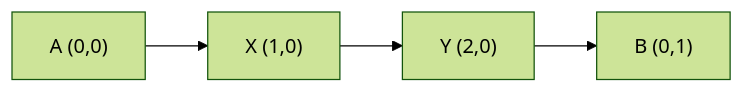
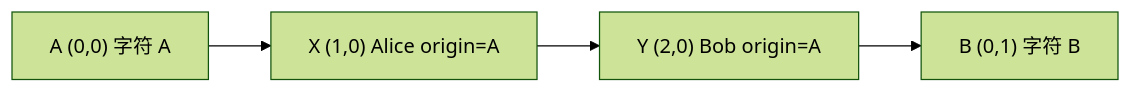
The second of 6 diagrams in learning-guide/slides/decks/08.md (lfire/AFFiNE), drawn with Mermaid (forest theme) before and after one commit. The commit also changed other lines of this file and 46 other files, not shown here.

````diff
--- a/learning-guide/slides/decks/08.md
+++ b/learning-guide/slides/decks/08.md
@@ -184,4 +157,6 @@
 ```mermaid
 flowchart LR
-  A["A (0,0)"] --> X["X (1,0)"] --> Y["Y (2,0)"] --> B["B (0,1)"]
+  A["A (0,0) 字符 A"] --> X["X (1,0) Alice origin=A"]
+  X --> YN["Y (2,0) Bob origin=A"]
+  YN --> B["B (0,1) 字符 B"]
 ```
````
